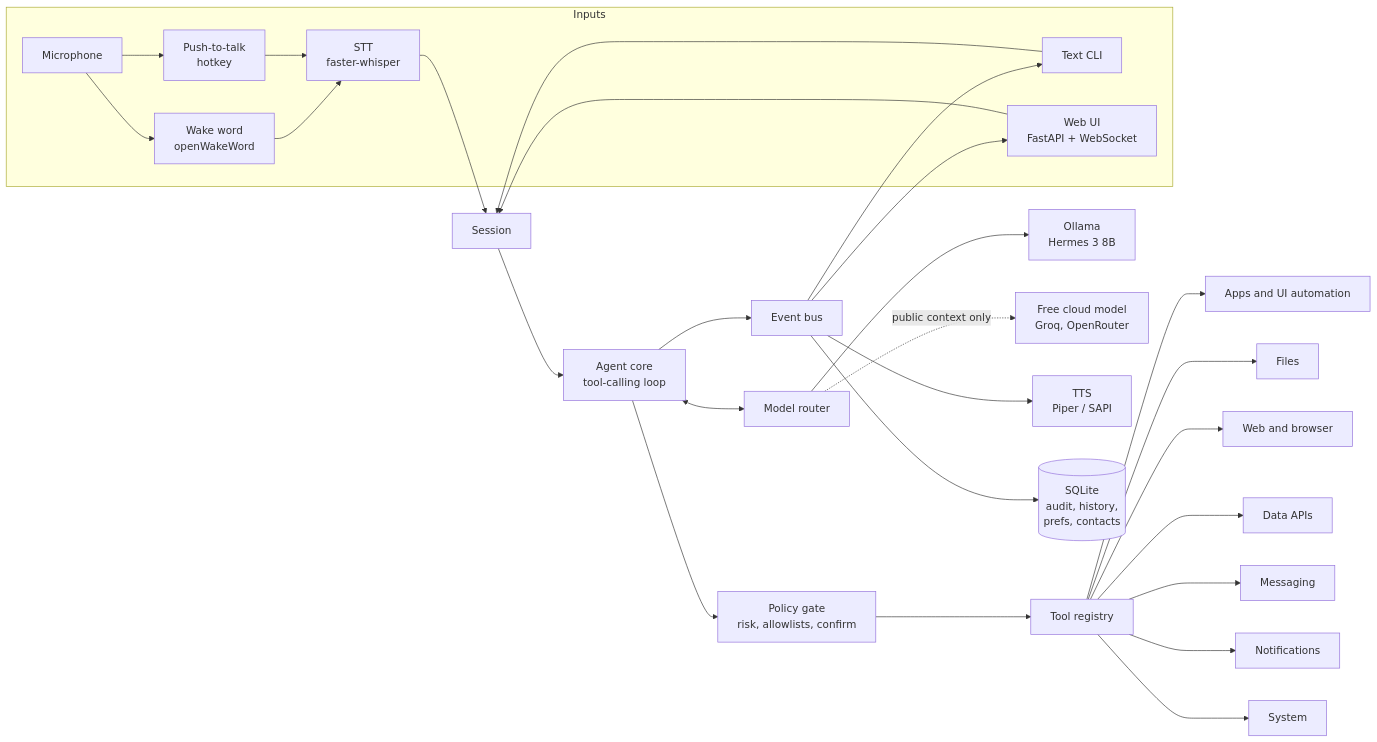
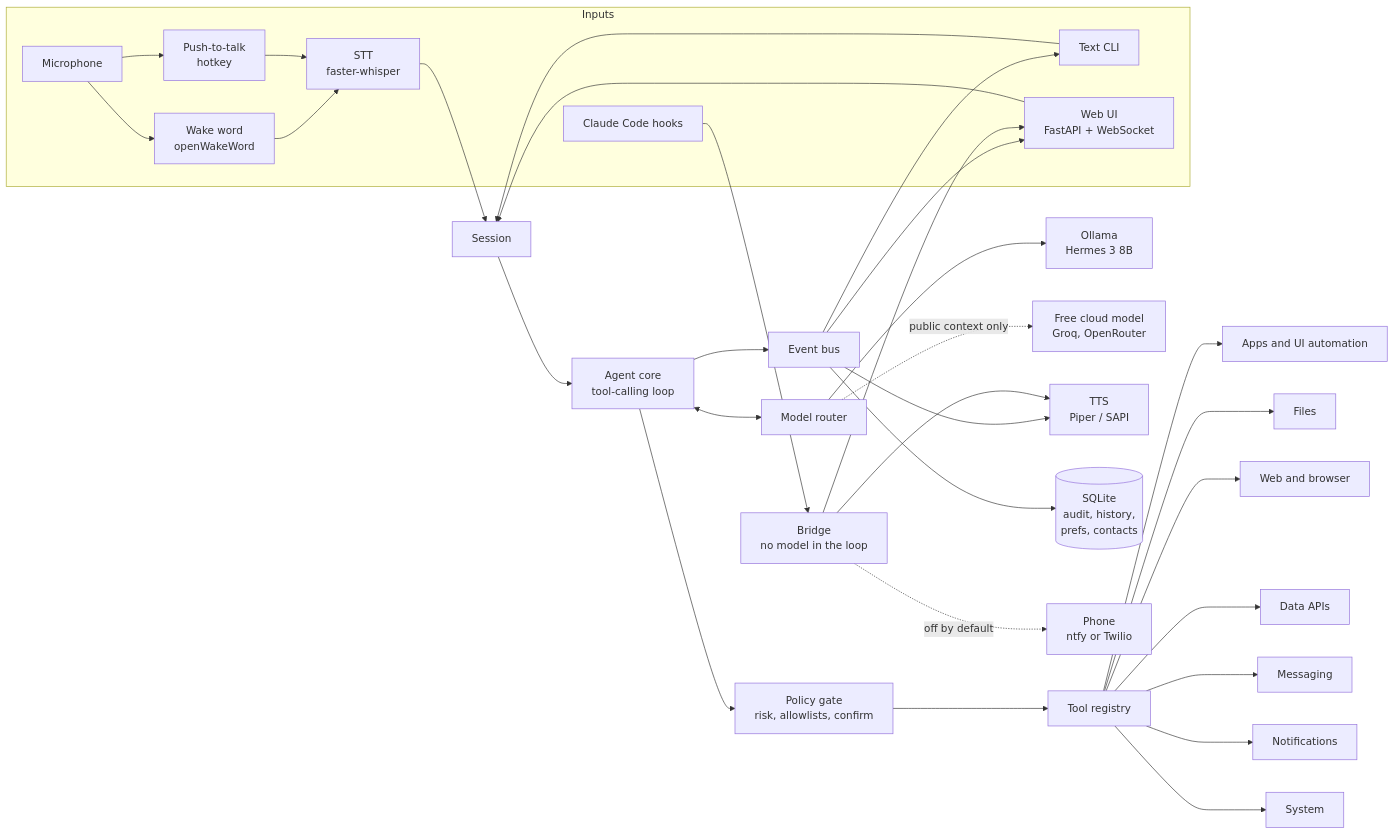
One commit to PreeyasTumulu/JARVIS changed the first of 3 diagrams in docs/ARCHITECTURE.md. Above: the diagram before and after it, drawn with Mermaid. The commit also changed other lines of this file and 14 other files, not shown here.

````diff
--- a/docs/ARCHITECTURE.md
+++ b/docs/ARCHITECTURE.md
@@ -24,33 +24,38 @@
 ```mermaid
 flowchart LR
   subgraph Inputs
     MIC[Microphone] --> WW[Wake word<br/>openWakeWord]
     MIC --> PTT[Push-to-talk<br/>hotkey]
     WW --> STT[STT<br/>faster-whisper]
     PTT --> STT
     CLI[Text CLI]
     WEB[Web UI<br/>FastAPI + WebSocket]
+    HOOK[Claude Code hooks]
   end
 
   STT --> SES[Session]
   CLI --> SES
   WEB --> SES
   SES --> AG[Agent core<br/>tool-calling loop]
   AG <--> RT[Model router]
   RT --> LOC[Ollama<br/>Hermes 3 8B]
   RT -. public context only .-> CLD[Free cloud model<br/>Groq, OpenRouter]
   AG --> POL[Policy gate<br/>risk, allowlists, confirm]
   POL --> REG[Tool registry]
   REG --> TA[Apps and UI automation]
   REG --> TF[Files]
   REG --> TW[Web and browser]
   REG --> TD[Data APIs]
   REG --> TM[Messaging]
   REG --> TN[Notifications]
   REG --> TS[System]
   AG --> BUS[Event bus]
   BUS --> WEB
   BUS --> CLI
   BUS --> TTS[TTS<br/>Piper / SAPI]
   BUS --> DB[(SQLite<br/>audit, history,<br/>prefs, contacts)]
+  HOOK --> BR[Bridge<br/>no model in the loop]
+  BR --> WEB
+  BR --> TTS
+  BR -. off by default .-> PH[Phone<br/>ntfy or Twilio]
 ```
````
